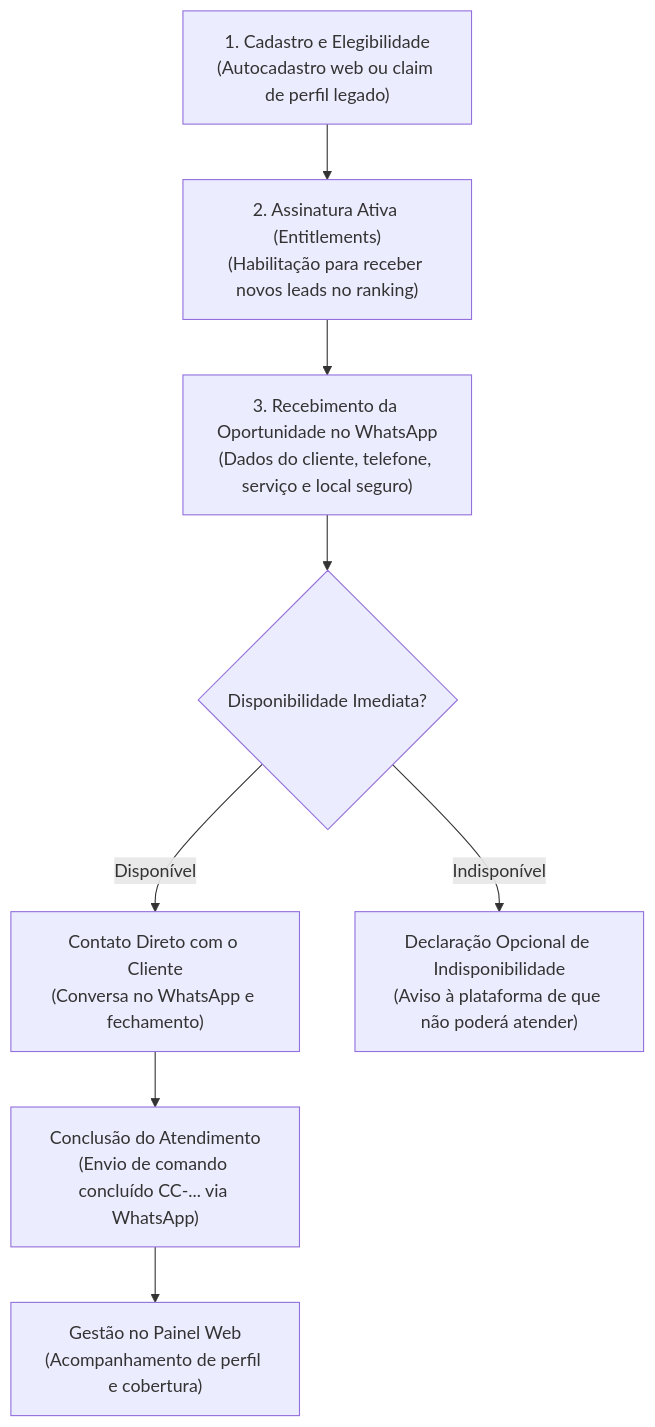
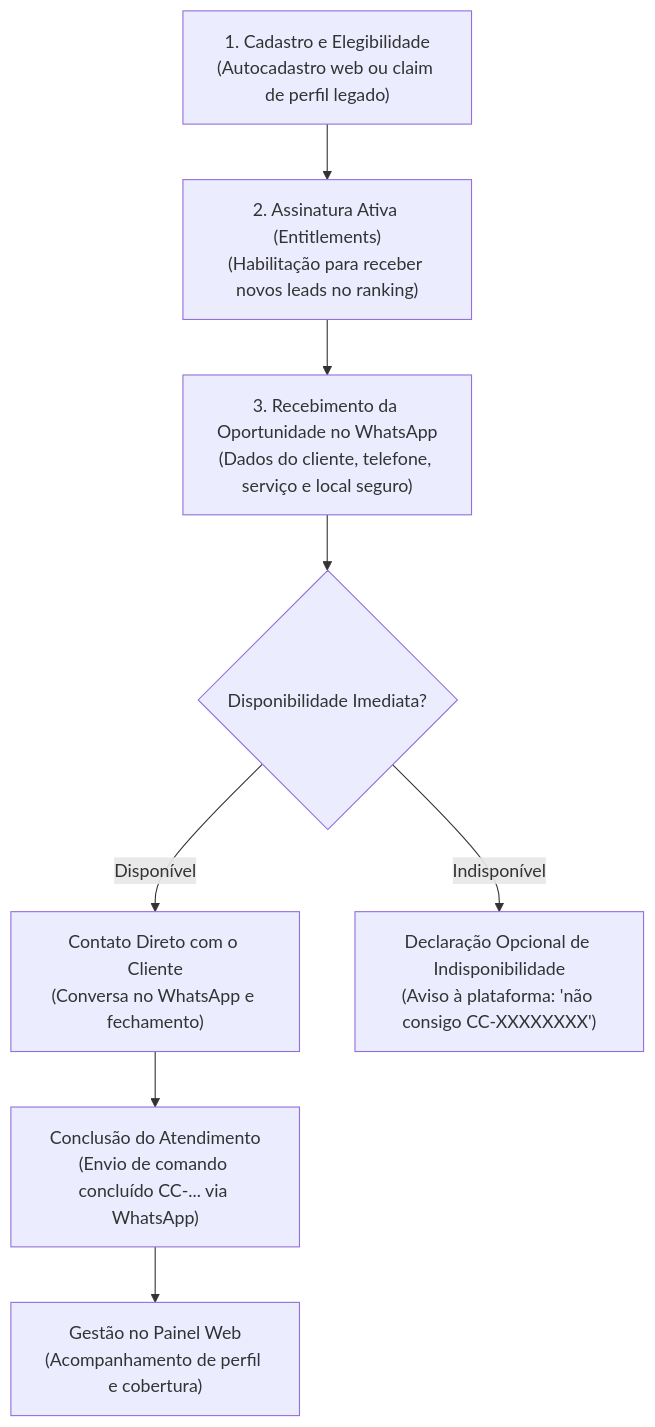
One commit to koglim/contato changed the second of 2 diagrams in docs/PRODUCT_JOURNEYS.md. Above: the diagram before and after it, drawn with Mermaid. The commit also changed other lines of this file and 24 other files, not shown here.

````diff
--- a/docs/PRODUCT_JOURNEYS.md
+++ b/docs/PRODUCT_JOURNEYS.md
@@ -59,10 +59,10 @@
 ```mermaid
 flowchart TD
     P1["1. Cadastro e Elegibilidade\n(Autocadastro web ou claim de perfil legado)"] --> P2["2. Assinatura Ativa (Entitlements)\n(Habilitação para receber novos leads no ranking)"]
     P2 --> P3["3. Recebimento da Oportunidade no WhatsApp\n(Dados do cliente, telefone, serviço e local seguro)"]
     P3 --> P4{"Disponibilidade Imediata?"}
     P4 -- "Disponível" --> P5["Contato Direto com o Cliente\n(Conversa no WhatsApp e fechamento)"]
-    P4 -- "Indisponível" --> P6["Declaração Opcional de Indisponibilidade\n(Aviso à plataforma de que não poderá atender)"]
+    P4 -- "Indisponível" --> P6["Declaração Opcional de Indisponibilidade\n(Aviso à plataforma: 'não consigo CC-XXXXXXXX')"]
     P5 --> P7["Conclusão do Atendimento\n(Envio de comando concluído CC-... via WhatsApp)"]
     P7 --> P8["Gestão no Painel Web\n(Acompanhamento de perfil e cobertura)"]
 ```
````
